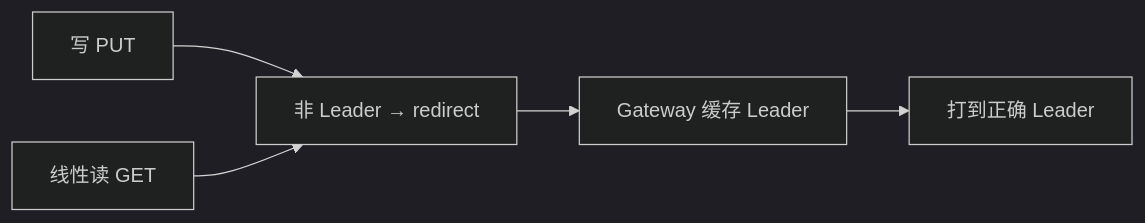
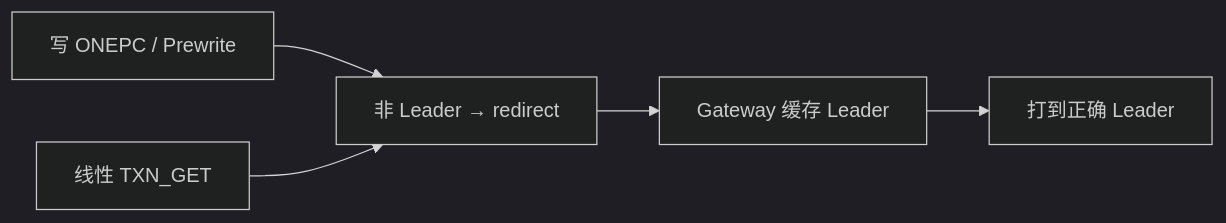
Before and after one commit to devotionalist/openkv: the second of 2 diagrams in docs/flows/08-not-leader-redirect.md, drawn with Mermaid (dark theme). The commit also changed other lines of this file and 167 other files, not shown here.

````diff
--- a/docs/flows/08-not-leader-redirect.md
+++ b/docs/flows/08-not-leader-redirect.md
@@ -38,7 +41,7 @@
 ```mermaid
 flowchart LR
-  W[写 PUT] --> NL[非 Leader → redirect]
-  R[线性读 GET] --> NL
+  W[写 ONEPC / Prewrite] --> NL[非 Leader → redirect]
+  R[线性 TXN_GET] --> NL
   NL --> GW[Gateway 缓存 Leader]
   GW --> L[打到正确 Leader]
 ```
````
